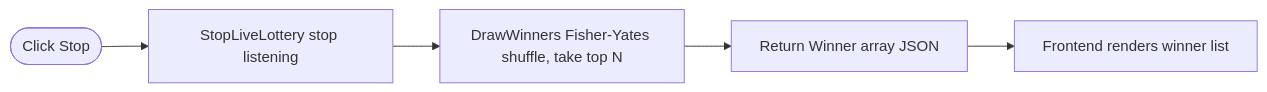
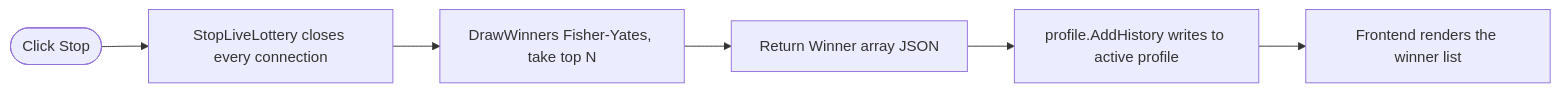
Before and after one commit to aDarkMaker/BiliLuckyDraw: the second of 7 diagrams in docs/en/architecture/data-flow.md, drawn with Mermaid. The commit also changed other lines of this file and 30 other files, not shown here.

````diff
--- a/docs/en/architecture/data-flow.md
+++ b/docs/en/architecture/data-flow.md
@@ -22,7 +26,8 @@
 ```mermaid
 flowchart LR
-    Stop([Click Stop]) --> Quit[StopLiveLottery stop listening]
-    Quit --> Draw["DrawWinners Fisher-Yates shuffle, take top N"]
+    Stop([Click Stop]) --> Quit[StopLiveLottery closes every connection]
+    Quit --> Draw["DrawWinners Fisher-Yates, take top N"]
     Draw --> JSON[Return Winner array JSON]
-    JSON --> Show[Frontend renders winner list]
+    JSON --> Hist["profile.AddHistory writes to active profile"]
+    Hist --> Show[Frontend renders the winner list]
 ```
````
